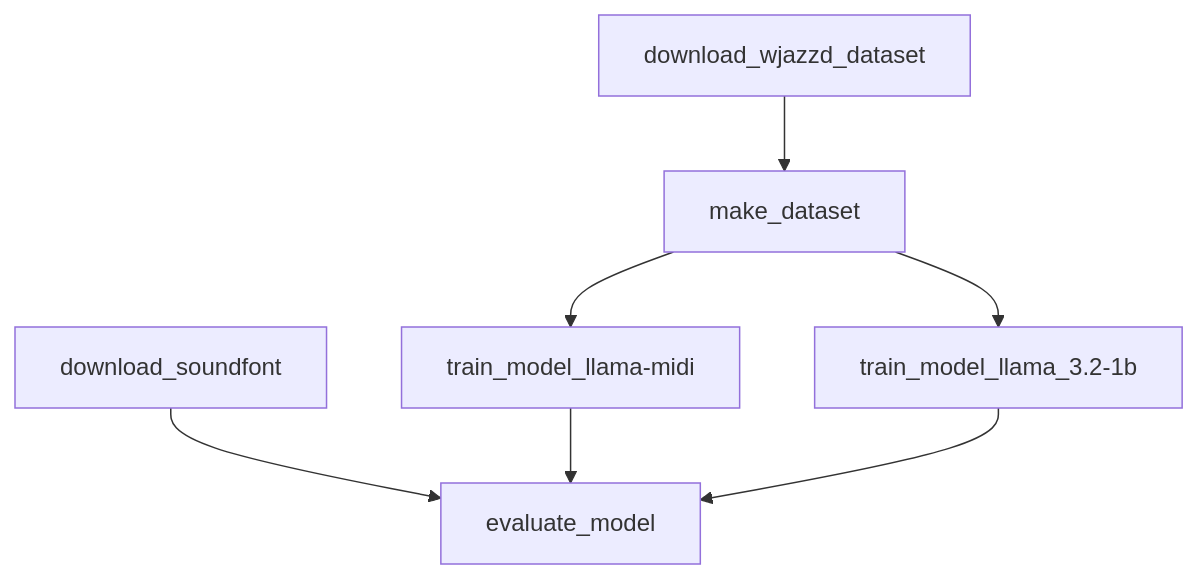
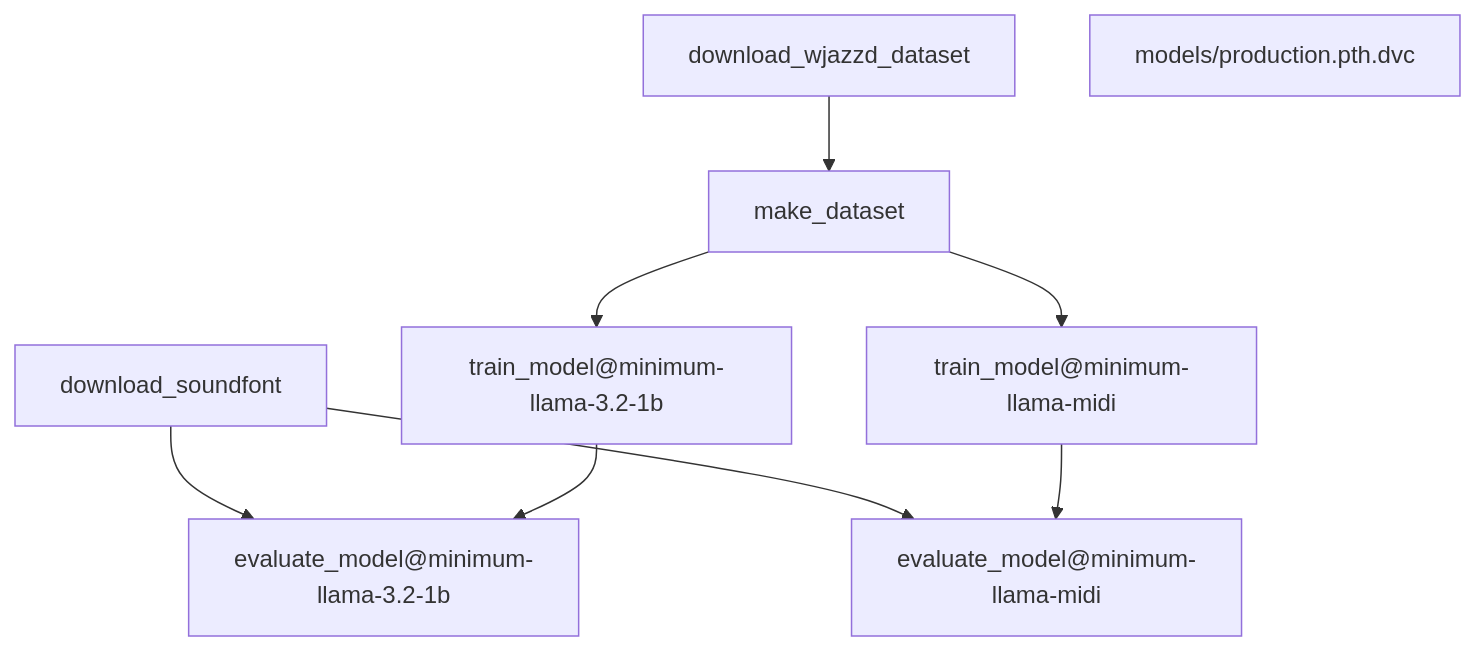
The first of 2 diagrams in PIPELINE.md (u-masao/melody-flow), drawn with Mermaid before and after one commit. The commit also changed other lines of this file, not shown here.

Commit message:
update pipeline

````diff
--- a/PIPELINE.md
+++ b/PIPELINE.md
@@ -5,15 +5,18 @@
 ```mermaid
 flowchart TD
 	node1["download_soundfont"]
 	node2["download_wjazzd_dataset"]
-	node3["evaluate_model"]
-	node4["make_dataset"]
-	node5["train_model_llama-midi"]
-	node6["train_model_llama_3.2-1b"]
+	node3["evaluate_model@minimum-llama-3.2-1b"]
+	node4["evaluate_model@minimum-llama-midi"]
+	node5["make_dataset"]
+	node6["train_model@minimum-llama-3.2-1b"]
+	node7["train_model@minimum-llama-midi"]
 	node1-->node3
-	node2-->node4
-	node4-->node5
-	node4-->node6
-	node5-->node3
+	node1-->node4
+	node2-->node5
+	node5-->node6
+	node5-->node7
 	node6-->node3
+	node7-->node4
+	node8["models/production.pth.dvc"]
 ```
````
